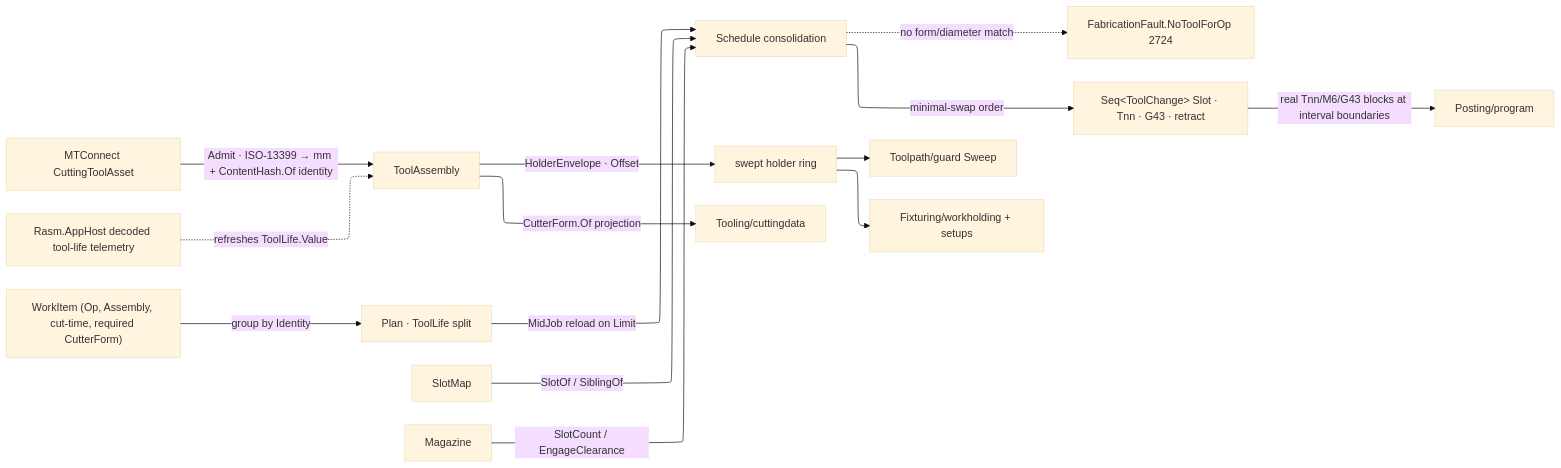
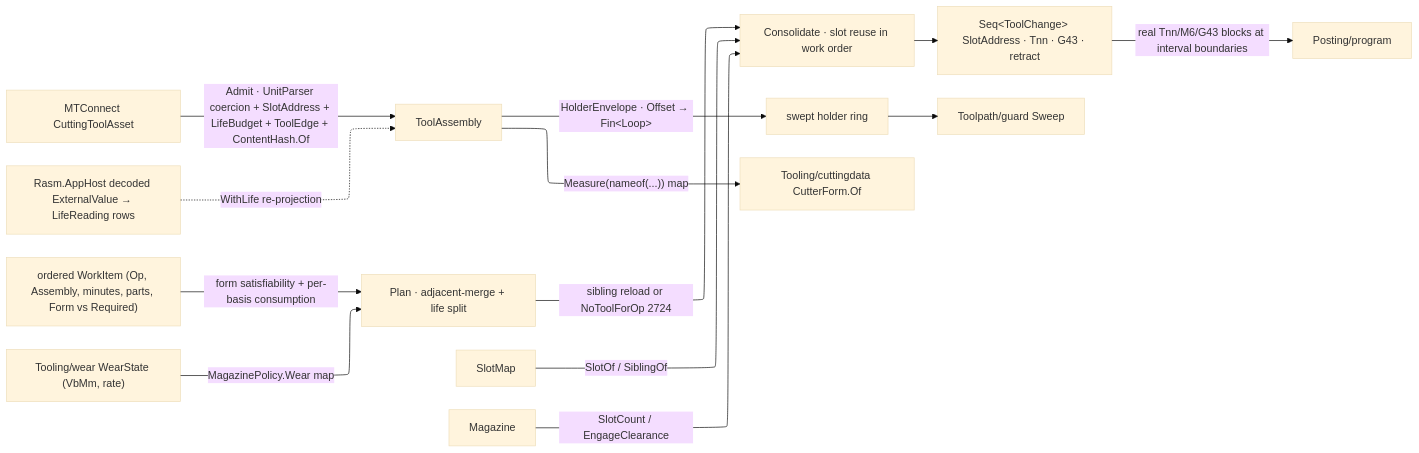
Before and after one commit to bsamiee/Rasm: the diagram in libs/csharp/Rasm.Fabrication/.planning/Tooling/magazine.md, drawn with Mermaid. The commit also changed other lines of this file and 79 other files, not shown here.

First line of the commit message:
snapshot: rebuild run mid-Build (impl landed, crit running) + fleet telemetry retrofit + rebuild-next observation fixes

````diff
--- a/libs/csharp/Rasm.Fabrication/.planning/Tooling/magazine.md
+++ b/libs/csharp/Rasm.Fabrication/.planning/Tooling/magazine.md
@@ -183,21 +251,20 @@
 ```mermaid
 ---
 config:
   layout: elk
   theme: base
 ---
 flowchart LR
-    Asset["MTConnect CuttingToolAsset"] -->|Admit · ISO-13399 → mm + ContentHash.Of identity| ToolAssembly
-    Telemetry["Rasm.AppHost decoded tool-life telemetry"] -.->|refreshes ToolLife.Value| ToolAssembly
-    Work["WorkItem (Op, Assembly, cut-time, required CutterForm)"] -->|group by Identity| Plan["Plan · ToolLife split"]
-    Plan -->|MidJob reload on Limit| Consolidate["Schedule consolidation"]
+    Asset["MTConnect CuttingToolAsset"] -->|"Admit · UnitParser coercion + SlotAddress + LifeBudget + ToolEdge + ContentHash.Of"| ToolAssembly
+    Telemetry["Rasm.AppHost decoded ExternalValue → LifeReading rows"] -.->|WithLife re-projection| ToolAssembly
+    Work["ordered WorkItem (Op, Assembly, minutes, parts, Form vs Required)"] -->|form satisfiability + per-basis consumption| Plan["Plan · adjacent-merge + life split"]
+    Plan -->|sibling reload or NoToolForOp 2724| Consolidate["Consolidate · slot reuse in work order"]
     SlotMap -->|SlotOf / SiblingOf| Consolidate
     Magazine -->|SlotCount / EngageClearance| Consolidate
-    Consolidate -.->|no form/diameter match| NoTool["FabricationFault.NoToolForOp 2724"]
-    Consolidate -->|minimal-swap order| Changes["Seq&lt;ToolChange&gt; Slot · Tnn · G43 · retract"]
-    ToolAssembly -->|HolderEnvelope · Offset| Envelope["swept holder ring"]
+    Consolidate --> Changes["Seq&lt;ToolChange&gt; SlotAddress · Tnn · G43 · retract"]
+    ToolAssembly -->|"HolderEnvelope · Offset → Fin&lt;Loop&gt;"| Envelope["swept holder ring"]
     Envelope --> Guard["Toolpath/guard Sweep"]
-    Envelope --> Fixture["Fixturing/workholding + setups"]
     Changes -->|real Tnn/M6/G43 blocks at interval boundaries| Post["Posting/program"]
-    ToolAssembly -->|"CutterForm.Of projection"| CuttingData["Tooling/cuttingdata"]
+    ToolAssembly -->|"Measure(nameof(...)) map"| CuttingData["Tooling/cuttingdata CutterForm.Of"]
+    Wear["Tooling/wear WearState (VbMm, rate)"] -->|MagazinePolicy.Wear map| Plan
 ```
````
